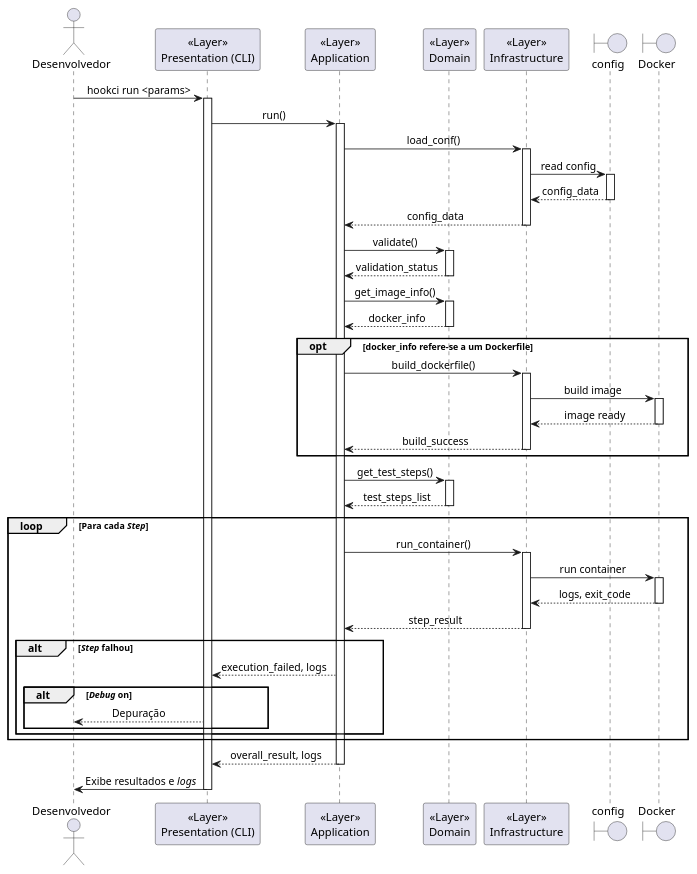
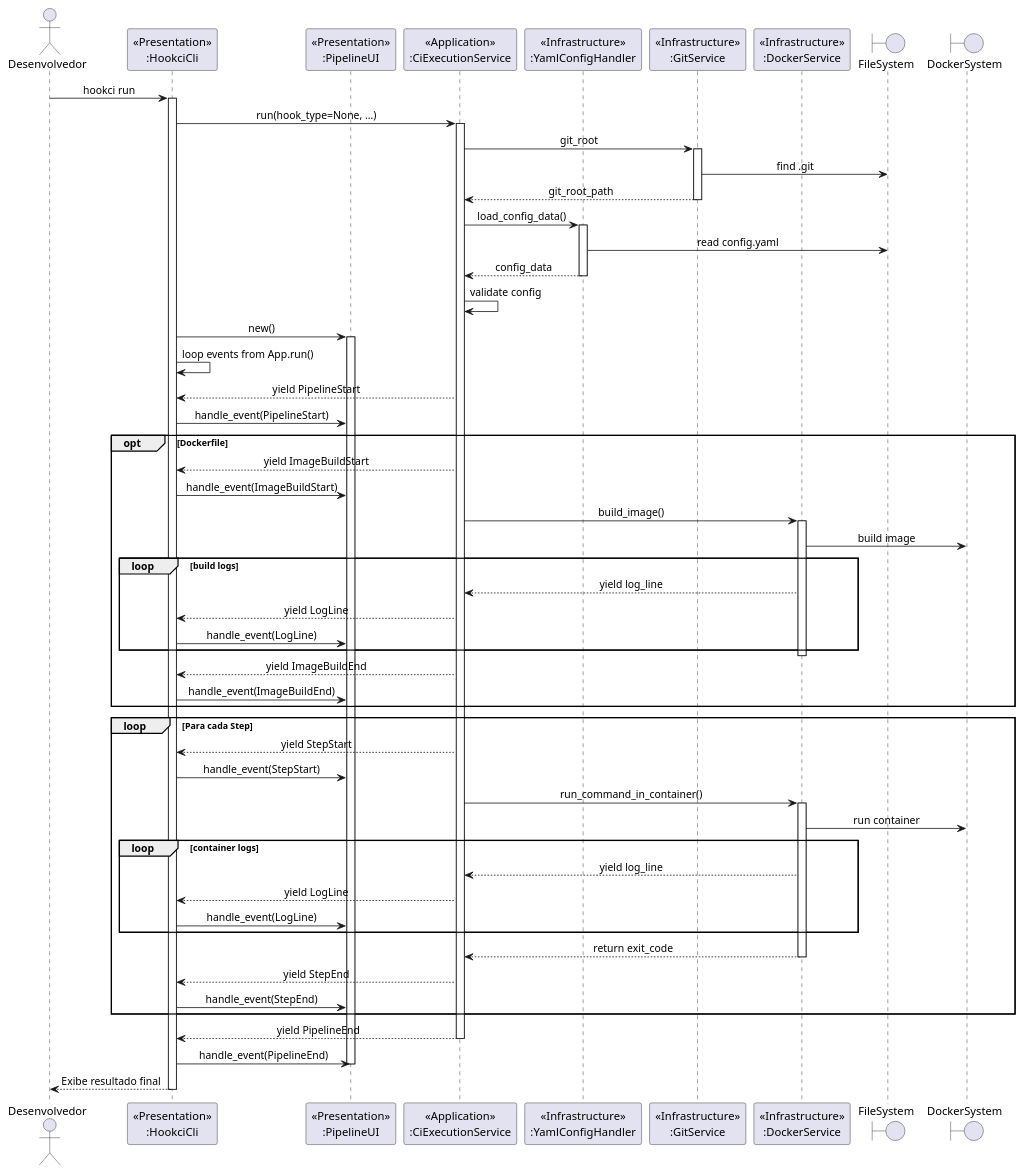
The diagram in Codigo/docs/sequence/run.wsd (h3nc4/tmp), drawn with PlantUML before and after one commit. The commit also changed 9 other files, not shown here.

```diff
--- a/Codigo/docs/sequence/run.wsd
+++ b/Codigo/docs/sequence/run.wsd
@@ -1,73 +1,80 @@
 @startuml run
 skinparam sequenceMessageAlign center
 
 actor "Desenvolvedor" as User
-participant "<<Layer>>\nPresentation (CLI)" as CLI
-participant "<<Layer>>\nApplication" as App
-participant "<<Layer>>\nDomain" as Domain
-participant "<<Layer>>\nInfrastructure" as Infra
-boundary "config" as ConfigFile
-boundary "Docker" as DockerSystem
+participant "<<Presentation>>\n:HookciCli" as CLI
+participant "<<Presentation>>\n:PipelineUI" as UI
+participant "<<Application>>\n:CiExecutionService" as App
+participant "<<Infrastructure>>\n:YamlConfigHandler" as CfgHandler
+participant "<<Infrastructure>>\n:GitService" as GitSvc
+participant "<<Infrastructure>>\n:DockerService" as DockerSvc
+boundary "FileSystem" as FS
+boundary "DockerSystem" as Docker
 
-User -> CLI : hookci run <params>
+User -> CLI : hookci run
 activate CLI
-CLI -> App : run()
+CLI -> App : run(hook_type=None, ...)
 activate App
-App -> Infra : load_conf()
-activate Infra
-Infra -> ConfigFile : read config
-activate ConfigFile
-ConfigFile --> Infra : config_data
-deactivate ConfigFile
-Infra --> App : config_data
-deactivate Infra
 
-App -> Domain : validate()
-activate Domain
-Domain --> App : validation_status
-deactivate Domain
+App -> GitSvc : git_root
+activate GitSvc
+GitSvc -> FS : find .git
+GitSvc --> App : git_root_path
+deactivate GitSvc
 
-App -> Domain : get_image_info()
-activate Domain
-Domain --> App : docker_info
-deactivate Domain
+App -> CfgHandler : load_config_data()
+activate CfgHandler
+CfgHandler -> FS : read config.yaml
+CfgHandler --> App : config_data
+deactivate CfgHandler
+App -> App : validate config
 
-opt docker_info refere-se a um Dockerfile
-    App -> Infra : build_dockerfile()
-    activate Infra
-    Infra -> DockerSystem : build image
-    activate DockerSystem
-    DockerSystem --> Infra : image ready
-    deactivate DockerSystem
-    Infra --> App : build_success
-    deactivate Infra
+CLI -> UI : new()
+activate UI
+CLI -> CLI : loop events from App.run()
+
+App --> CLI : yield PipelineStart
+CLI -> UI : handle_event(PipelineStart)
+
+opt Dockerfile
+    App --> CLI : yield ImageBuildStart
+    CLI -> UI : handle_event(ImageBuildStart)
+    App -> DockerSvc : build_image()
+    activate DockerSvc
+    DockerSvc -> Docker : build image
+    loop build logs
+        DockerSvc --> App : yield log_line
+        App --> CLI : yield LogLine
+        CLI -> UI : handle_event(LogLine)
+    end
+    deactivate DockerSvc
+    App --> CLI : yield ImageBuildEnd
+    CLI -> UI : handle_event(ImageBuildEnd)
 end
 
-App -> Domain : get_test_steps()
-activate Domain
-Domain --> App : test_steps_list
-deactivate Domain
-
-loop Para cada //Step//
-    App -> Infra : run_container()
-    activate Infra
-    Infra -> DockerSystem : run container
-    activate DockerSystem
-    DockerSystem --> Infra : logs, exit_code
-    deactivate DockerSystem
-    Infra --> App : step_result
-    deactivate Infra
-    alt //Step// falhou
-        App --> CLI : execution_failed, logs
-        alt //Debug// on
-            CLI --> User : Depuração
-        end
+loop Para cada Step
+    App --> CLI : yield StepStart
+    CLI -> UI : handle_event(StepStart)
+    App -> DockerSvc : run_command_in_container()
+    activate DockerSvc
+    DockerSvc -> Docker : run container
+    loop container logs
+        DockerSvc --> App : yield log_line
+        App --> CLI : yield LogLine
+        CLI -> UI : handle_event(LogLine)
     end
+    DockerSvc --> App : return exit_code
+    deactivate DockerSvc
+    App --> CLI : yield StepEnd
+    CLI -> UI : handle_event(StepEnd)
 end
 
-App --> CLI : overall_result, logs
+App --> CLI : yield PipelineEnd
 deactivate App
-CLI -> User : Exibe resultados e //logs//
+CLI -> UI : handle_event(PipelineEnd)
+deactivate UI
+
+CLI --> User : Exibe resultado final
 deactivate CLI
 
 @enduml
```
